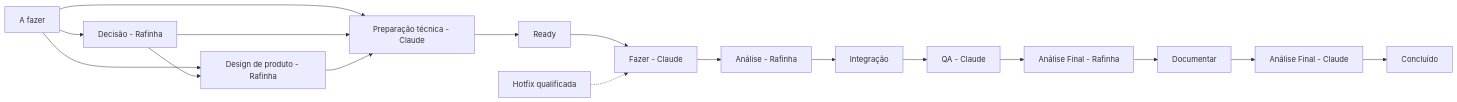
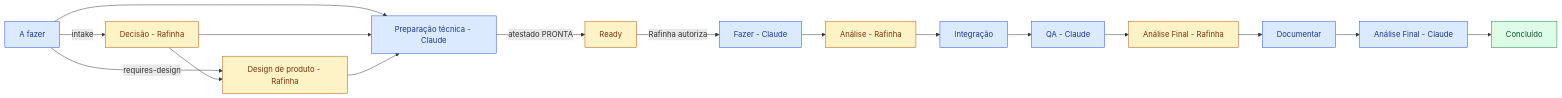
One commit to rafinha-as-br/skills-claude changed the first of 4 diagrams in README.md. Above: the diagram before and after it, drawn with Mermaid. The commit also changed other lines of this file, not shown here.

First line of the commit message:
README: reconstrucao como apresentacao do Rafinha-Claude

````diff
--- a/README.md
+++ b/README.md
@@ -9,19 +121,26 @@
 ```mermaid
 flowchart LR
-    Z["A fazer"] --> W["Decisão - Rafinha"]
-    Z --> Y["Design de produto - Rafinha"]
-    Z --> P["Preparação técnica - Claude"]
-    W --> Y
-    W --> P
-    Y --> P
-    P --> R["Ready"]
-    R --> A["Fazer - Claude"]
-    HF["Hotfix qualificada"] -.-> A
-    A --> B["Análise - Rafinha"]
-    B --> C["Integração"]
-    C --> D["QA - Claude"]
-    D --> F["Análise Final - Rafinha"]
-    F --> E["Documentar"]
-    E --> G["Análise Final - Claude"]
-    G --> H["Concluído"]
+    A1["A fazer"] -->|"intake"| A2["Decisão - Rafinha"]
+    A1 -->|"requires-design"| A3["Design de produto - Rafinha"]
+    A1 --> A4["Preparação técnica - Claude"]
+    A2 --> A3
+    A2 --> A4
+    A3 --> A4
+    A4 -->|"atestado PRONTA"| A5["Ready"]
+    A5 -->|"Rafinha autoriza"| B1["Fazer - Claude"]
+    B1 --> B2["Análise - Rafinha"]
+    B2 --> B3["Integração"]
+    B3 --> B4["QA - Claude"]
+    B4 --> C1["Análise Final - Rafinha"]
+    C1 --> C2["Documentar"]
+    C2 --> C3["Análise Final - Claude"]
+    C3 --> C4["Concluído"]
+
+    classDef claude fill:#dbeafe,stroke:#1d4ed8,color:#1e3a8a;
+    classDef humano fill:#fef3c7,stroke:#b45309,color:#78350f;
+    classDef fim fill:#dcfce7,stroke:#15803d,color:#14532d;
+    class A4,B1,B4,C2,C3 claude;
+    class A2,A3,A5,B2,C1 humano;
+    class A1,B3 claude;
+    class C4 fim;
 ```
````
